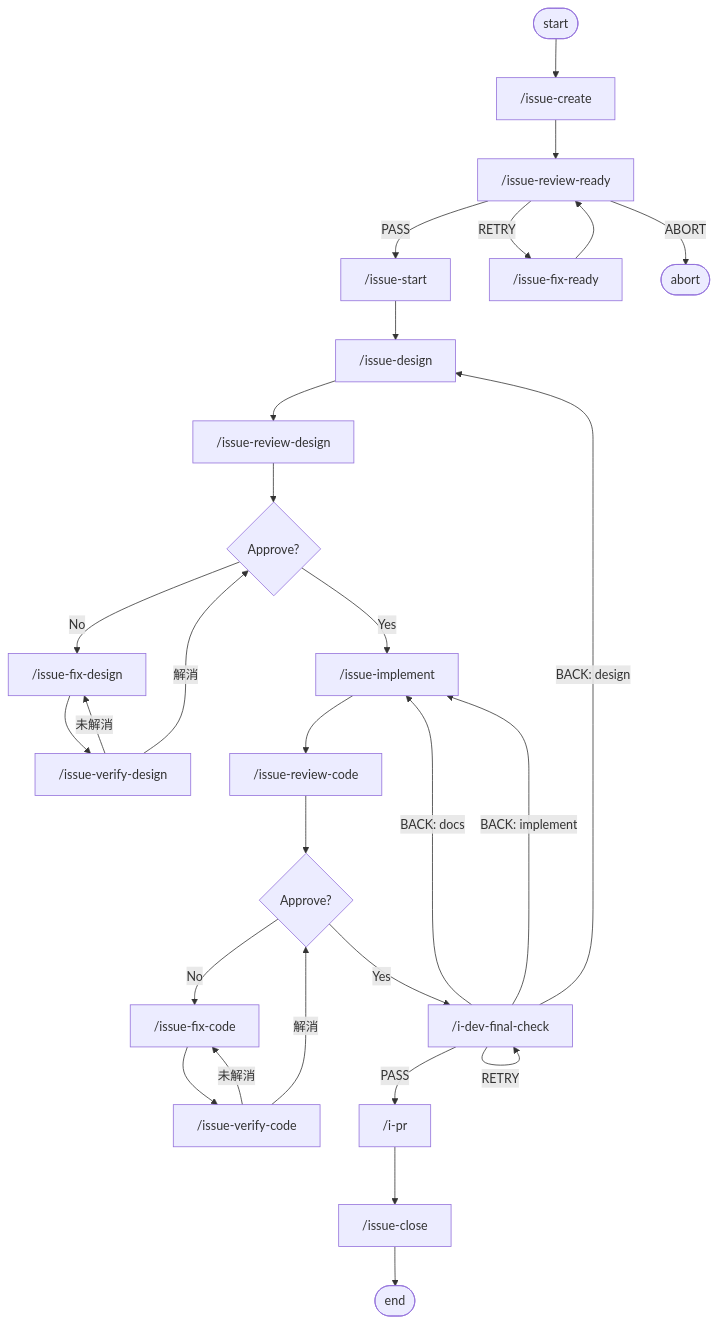
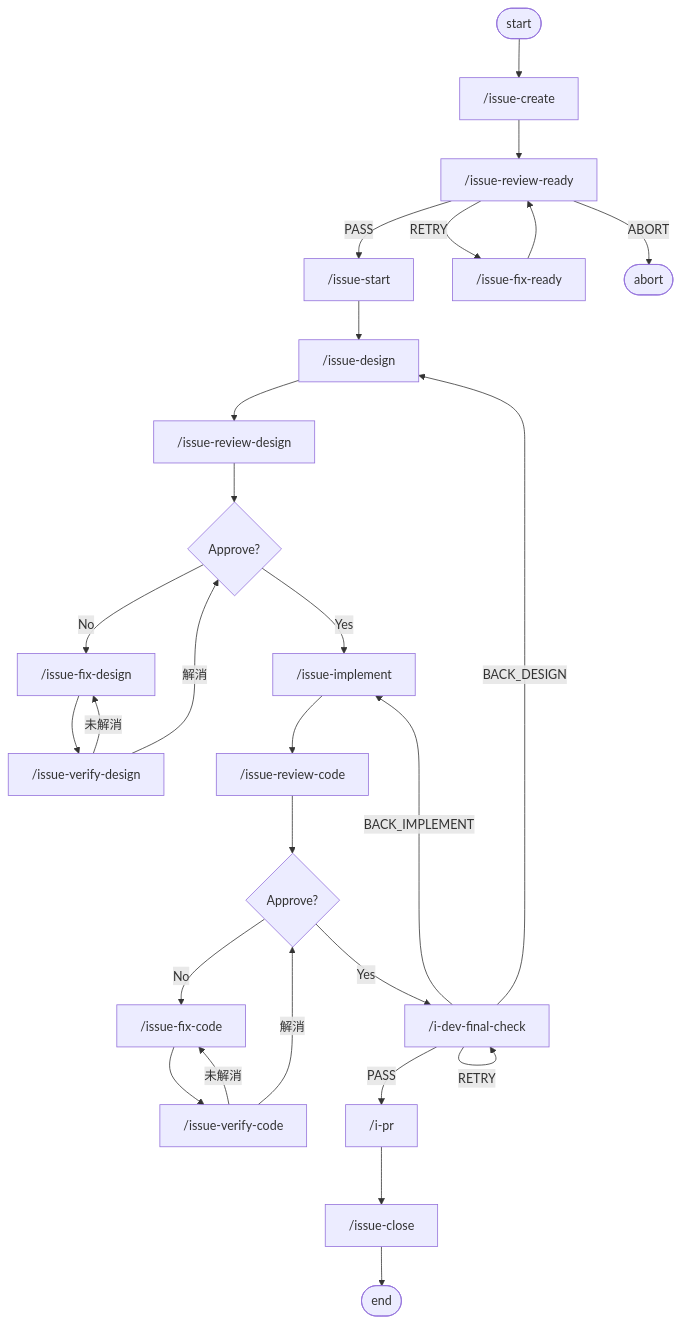
The first of 2 diagrams in docs/dev/development_workflow.md (apokamo/kaji), drawn with Mermaid before and after one commit. The commit also changed 9 other files, not shown here.

First line of the commit message:
feat: split final-check BACK into BACK_DESIGN / BACK_IMPLEMENT for #158

````diff
--- a/docs/dev/development_workflow.md
+++ b/docs/dev/development_workflow.md
@@ -16,31 +16,30 @@
 ```mermaid
 flowchart TB
     start([start]) --> cr["/issue-create"]
     cr --> rr["/issue-review-ready"]
     rr -->|PASS| s1["/issue-start"]
     rr -->|RETRY| rf["/issue-fix-ready"]
     rf --> rr
     rr -->|ABORT| abort([abort])
     s1 --> d1["/issue-design"]
     d1 --> d2["/issue-review-design"]
     d2 --> d2a{Approve?}
     d2a -->|No| d3["/issue-fix-design"]
     d3 --> d4["/issue-verify-design"]
     d4 -->|未解消| d3
     d4 -->|解消| d2a
     d2a -->|Yes| d5["/issue-implement"]
     d5 --> d6["/issue-review-code"]
     d6 --> d6a{Approve?}
     d6a -->|No| d7["/issue-fix-code"]
     d7 --> d8["/issue-verify-code"]
     d8 -->|未解消| d7
     d8 -->|解消| d6a
     d6a -->|Yes| d9["/i-dev-final-check"]
     d9 -->|PASS| pr["/i-pr"]
     d9 -->|RETRY| d9
-    d9 -->|BACK: docs| d5
-    d9 -->|BACK: implement| d5
-    d9 -->|BACK: design| d1
+    d9 -->|BACK_IMPLEMENT| d5
+    d9 -->|BACK_DESIGN| d1
     pr --> close["/issue-close"]
     close --> done([end])
 ```
````
